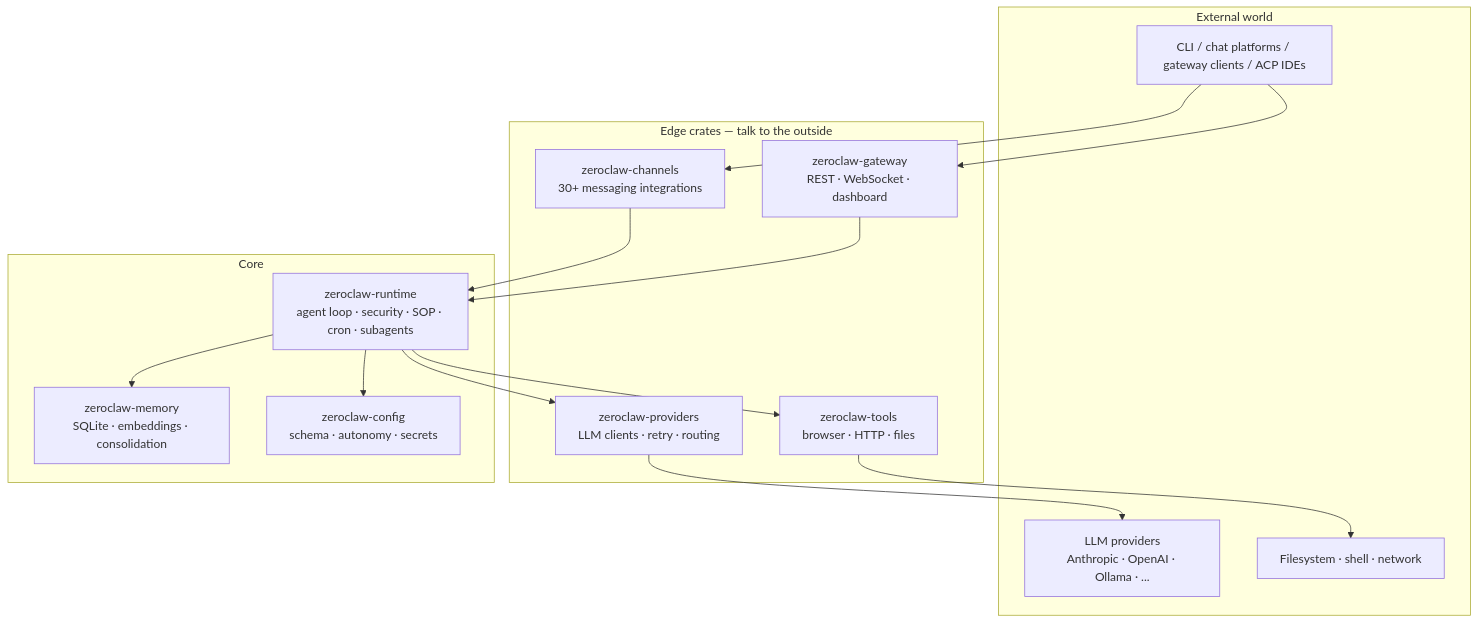
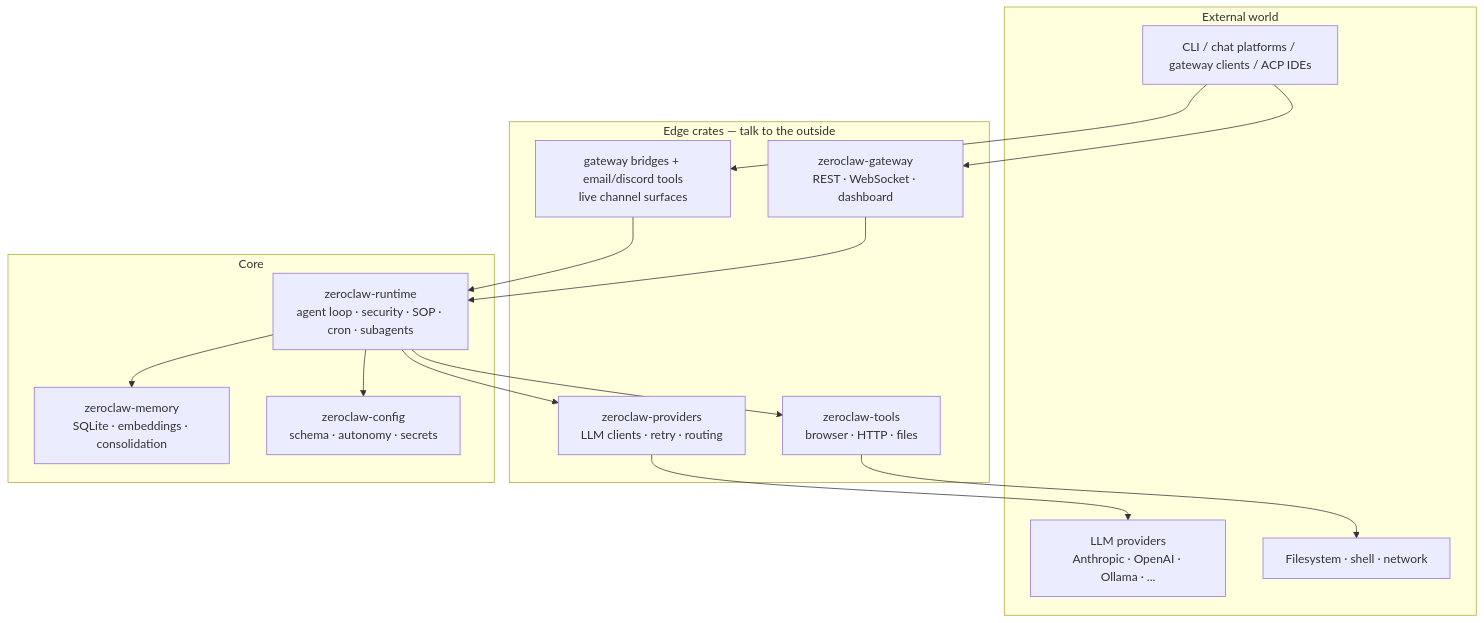
The first of 2 diagrams in docs/book/src/architecture/overview.md (kckylechen1/zeroclaw), drawn with Mermaid before and after one commit. The commit also changed other lines of this file and 23 other files, not shown here.

First line of the commit message:
refactor(gateway,runtime,cli): extend retired-transport filter to alias walk and delivery surfaces

````diff
--- a/docs/book/src/architecture/overview.md
+++ b/docs/book/src/architecture/overview.md
@@ -7,32 +7,32 @@
 ```mermaid
 flowchart TB
     subgraph External["External world"]
         UI["CLI / chat platforms / gateway clients / ACP IDEs"]
         LLM["LLM providers<br/>Anthropic · OpenAI · Ollama · ..."]
         FS["Filesystem · shell · network"]
     end
 
     subgraph Edges["Edge crates — talk to the outside"]
-        CH["zeroclaw-channels<br/>30+ messaging integrations"]
+        CH["gateway bridges + email/discord tools<br/>live channel surfaces"]
         GW["zeroclaw-gateway<br/>REST · WebSocket · dashboard"]
         PR["zeroclaw-providers<br/>LLM clients · retry · routing"]
         TL["zeroclaw-tools<br/>browser · HTTP · files"]
     end
 
     subgraph Core["Core"]
         RT["zeroclaw-runtime<br/>agent loop · security · SOP · cron · subagents"]
         MEM["zeroclaw-memory<br/>SQLite · embeddings · consolidation"]
         CFG["zeroclaw-config<br/>schema · autonomy · secrets"]
     end
 
     UI --> CH
     UI --> GW
     CH --> RT
     GW --> RT
     RT --> PR
     RT --> TL
     RT --> MEM
     RT --> CFG
     PR --> LLM
     TL --> FS
 ```
````
